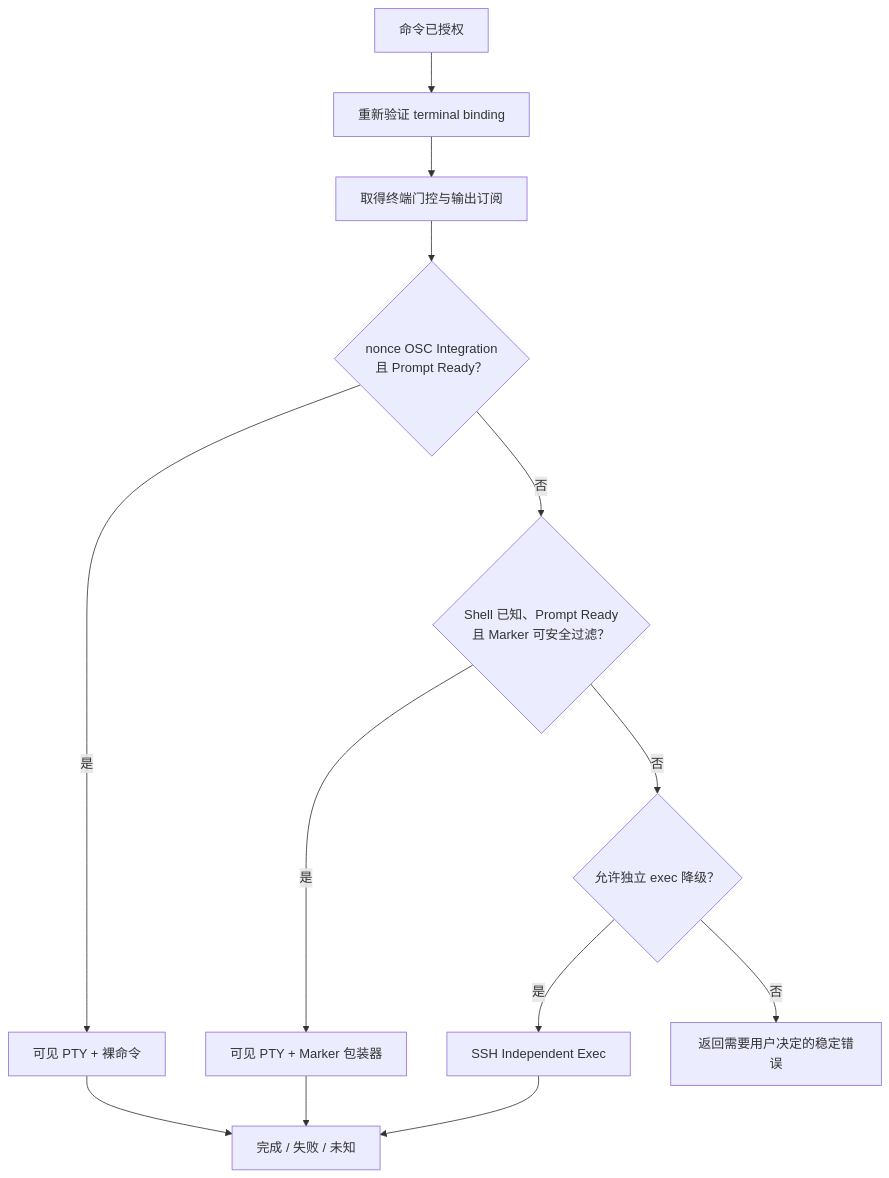
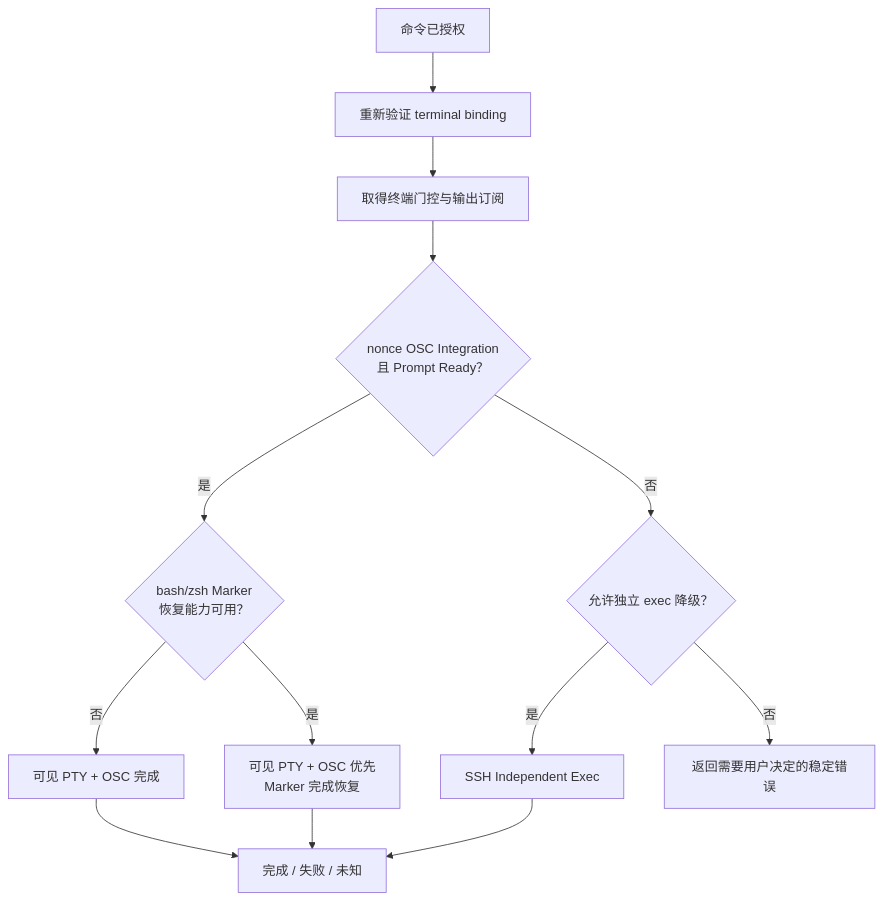
Before and after one commit to slightlee/nocterm: the fourth of 4 diagrams in docs/ai-terminal-execution-evolution.md, drawn with Mermaid. The commit also changed other lines of this file and 25 other files, not shown here.

````diff
--- a/docs/ai-terminal-execution-evolution.md
+++ b/docs/ai-terminal-execution-evolution.md
@@ -492,19 +492,19 @@
 ```mermaid
 flowchart TD
     START["命令已授权"] --> TARGET["重新验证 terminal binding"]
     TARGET --> RESERVE["取得终端门控与输出订阅"]
     RESERVE --> OSC{"nonce OSC Integration<br/>且 Prompt Ready？"}
 
-    OSC -->|是| VOSC["可见 PTY + 裸命令"]
-    OSC -->|否| MARKER{"Shell 已知、Prompt Ready<br/>且 Marker 可安全过滤？"}
+    OSC -->|是| MARKER{"bash/zsh Marker<br/>恢复能力可用？"}
+    OSC -->|否| FALLBACK{"允许独立 exec 降级？"}
 
-    MARKER -->|是| VMARK["可见 PTY + Marker 包装器"]
-    MARKER -->|否| FALLBACK{"允许独立 exec 降级？"}
+    MARKER -->|是| VMARK["可见 PTY + OSC 优先<br/>Marker 完成恢复"]
+    MARKER -->|否| VOSC["可见 PTY + OSC 完成"]
 
     FALLBACK -->|是| EXEC["SSH Independent Exec"]
     FALLBACK -->|否| FAIL["返回需要用户决定的稳定错误"]
 
     VOSC --> RESULT["完成 / 失败 / 未知"]
     VMARK --> RESULT
     EXEC --> RESULT
 ```
````
